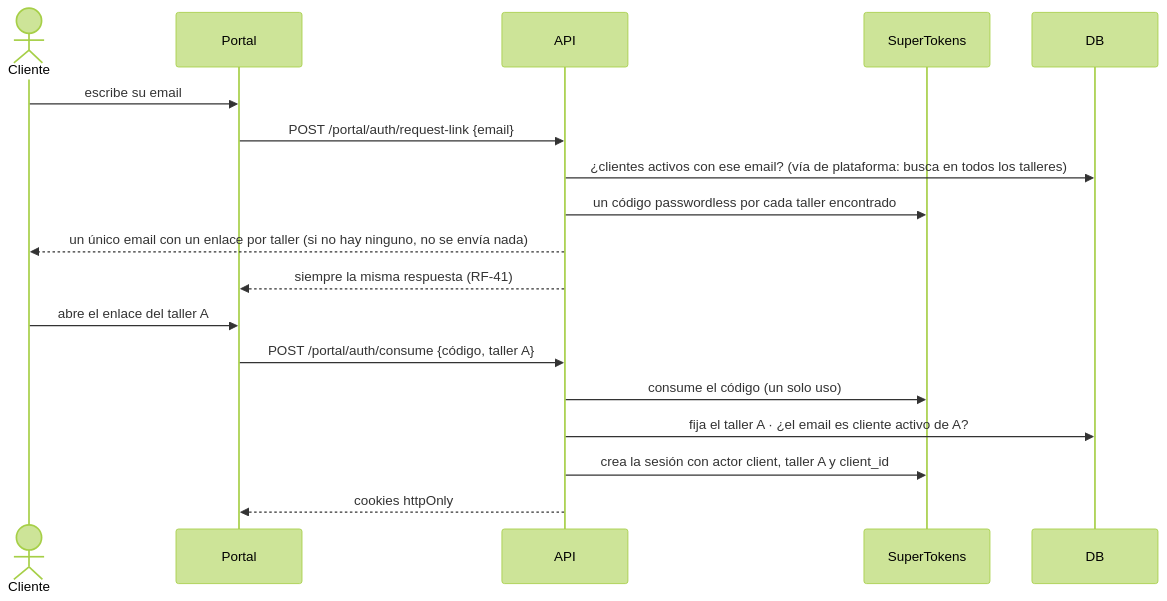
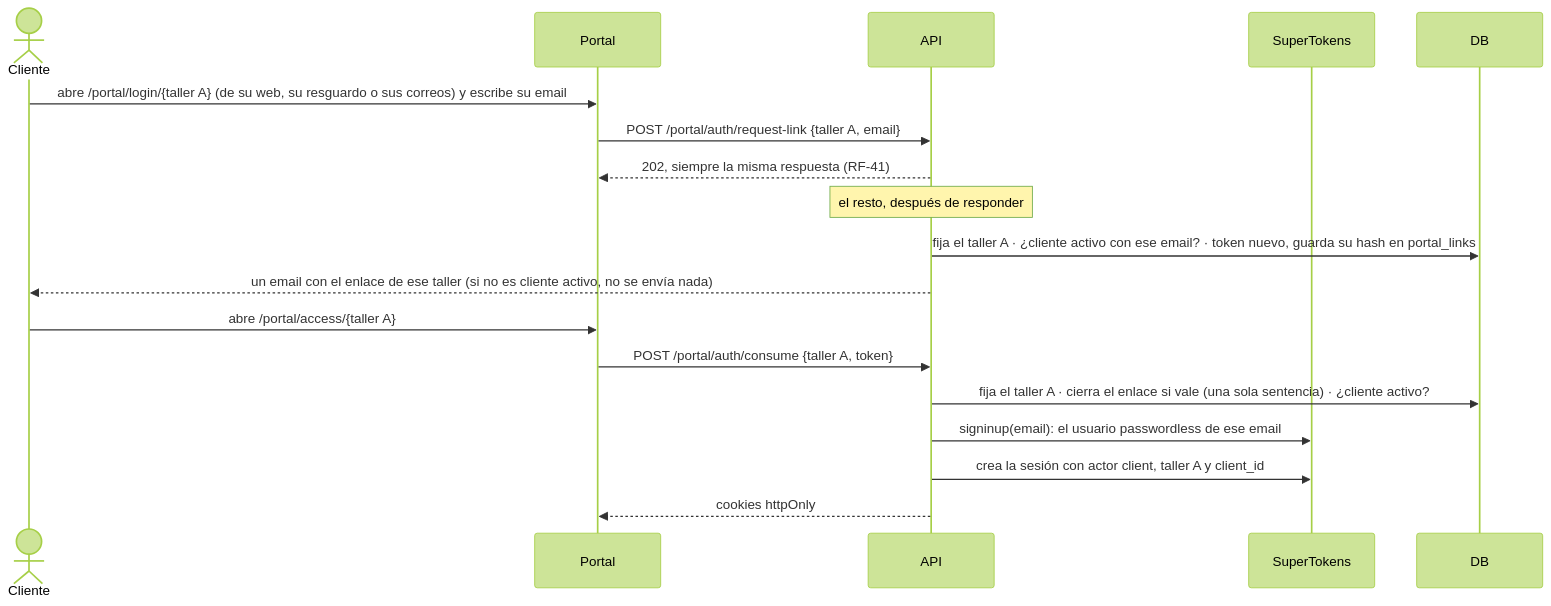
The fifth of 6 diagrams in docs/arquitectura/index.md (iMiguel10/axtton-core), drawn with Mermaid (forest theme) before and after one commit. The commit also changed other lines of this file and 47 other files, not shown here.

First line of the commit message:
feat(portal): enlace mágico pedido desde la entrada de cada taller (F4 paso 1, RF-40) (#17)

````diff
--- a/docs/arquitectura/index.md
+++ b/docs/arquitectura/index.md
@@ -582,21 +584,21 @@
 ```mermaid
 sequenceDiagram
     actor Cl as Cliente
     participant PO as Portal
     participant API
     participant ST as SuperTokens
     participant DB
 
-    Cl->>PO: escribe su email
-    PO->>API: POST /portal/auth/request-link {email}
-    API->>DB: ¿clientes activos con ese email? (vía de plataforma: busca en todos los talleres)
-    API->>ST: un código passwordless por cada taller encontrado
-    API-->>Cl: un único email con un enlace por taller (si no hay ninguno, no se envía nada)
-    API-->>PO: siempre la misma respuesta (RF-41)
-    Cl->>PO: abre el enlace del taller A
-    PO->>API: POST /portal/auth/consume {código, taller A}
-    API->>ST: consume el código (un solo uso)
-    API->>DB: fija el taller A · ¿el email es cliente activo de A?
+    Cl->>PO: abre /portal/login/{taller A} (de su web, su resguardo o sus correos) y escribe su email
+    PO->>API: POST /portal/auth/request-link {taller A, email}
+    API-->>PO: 202, siempre la misma respuesta (RF-41)
+    Note over API: el resto, después de responder
+    API->>DB: fija el taller A · ¿cliente activo con ese email? · token nuevo, guarda su hash en portal_links
+    API-->>Cl: un email con el enlace de ese taller (si no es cliente activo, no se envía nada)
+    Cl->>PO: abre /portal/access/{taller A}#token y pulsa "Entrar"
+    PO->>API: POST /portal/auth/consume {taller A, token}
+    API->>DB: fija el taller A · cierra el enlace si vale (una sola sentencia) · ¿cliente activo?
+    API->>ST: signinup(email): el usuario passwordless de ese email
     API->>ST: crea la sesión con actor client, taller A y client_id
     API-->>PO: cookies httpOnly
 ```
````
